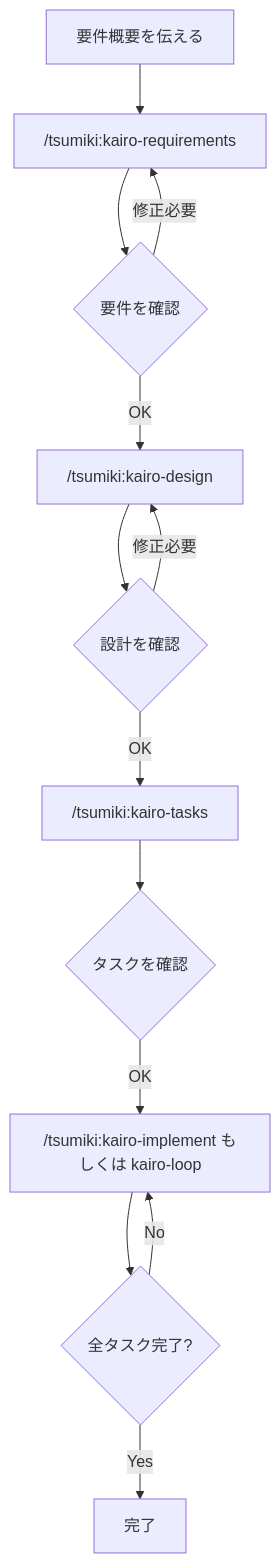
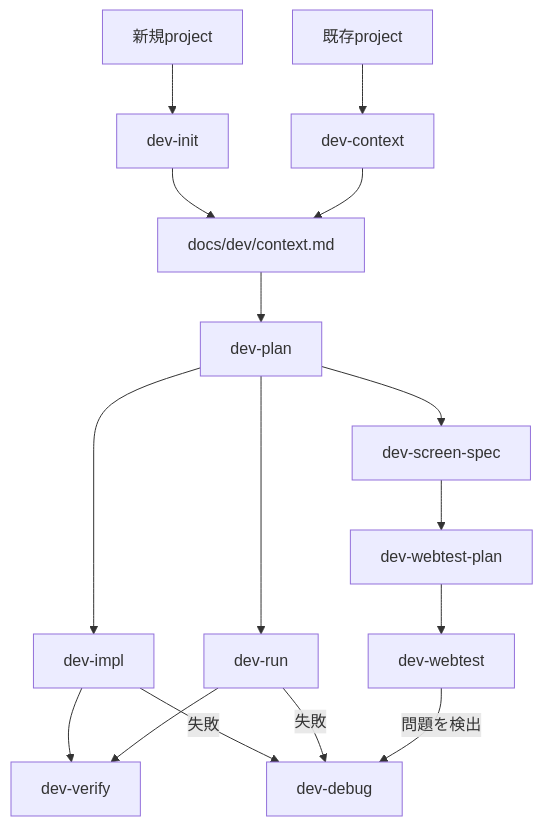
One commit to ryo246912/dotfiles changed the diagram in docs/skill.md. Above: the diagram before and after it, drawn with Mermaid. The commit also changed other lines of this file, not shown here.

Commit message:
docs(tsumiki): 現行Dev Skillsのガイドに更新

````diff
--- a/docs/skill.md
+++ b/docs/skill.md
@@ -136,15 +123,18 @@
 ```mermaid
 flowchart TD
-    A[要件概要を伝える] --> B["/tsumiki:kairo-requirements"]
-    B --> C{要件を確認}
-    C -->|修正必要| B
-    C -->|OK| D["/tsumiki:kairo-design"]
-    D --> E{設計を確認}
-    E -->|修正必要| D
-    E -->|OK| F["/tsumiki:kairo-tasks"]
-    F --> G{タスクを確認}
-    G -->|OK| H["/tsumiki:kairo-implement もしくは kairo-loop"]
-    H --> I{全タスク完了?}
-    I -->|No| H
-    I -->|Yes| J[完了]
+    A[新規project] --> B[dev-init]
+    C[既存project] --> D[dev-context]
+    B --> E[docs/dev/context.md]
+    D --> E
+    E --> F[dev-plan]
+    F --> G[dev-impl]
+    F --> H[dev-run]
+    G --> I[dev-verify]
+    H --> I
+    G -->|失敗| J[dev-debug]
+    H -->|失敗| J
+    F --> K[dev-screen-spec]
+    K --> L[dev-webtest-plan]
+    L --> M[dev-webtest]
+    M -->|問題を検出| J
 ```
````
